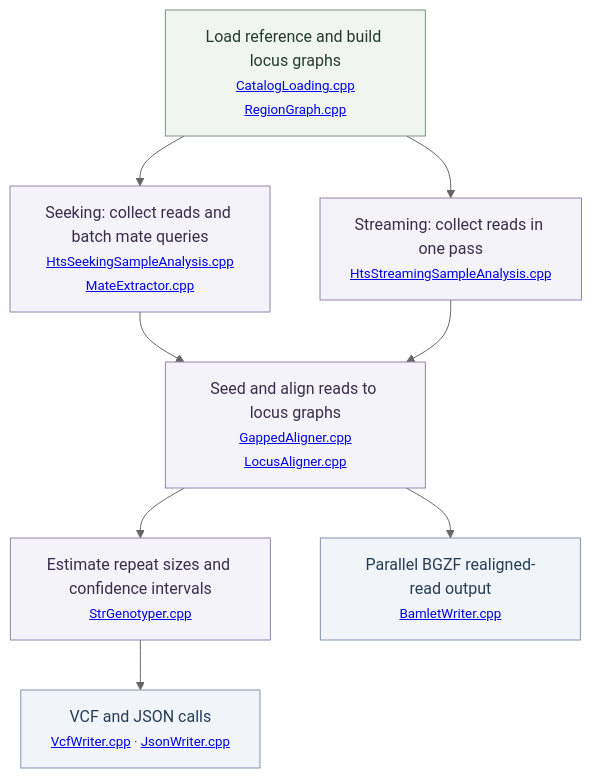
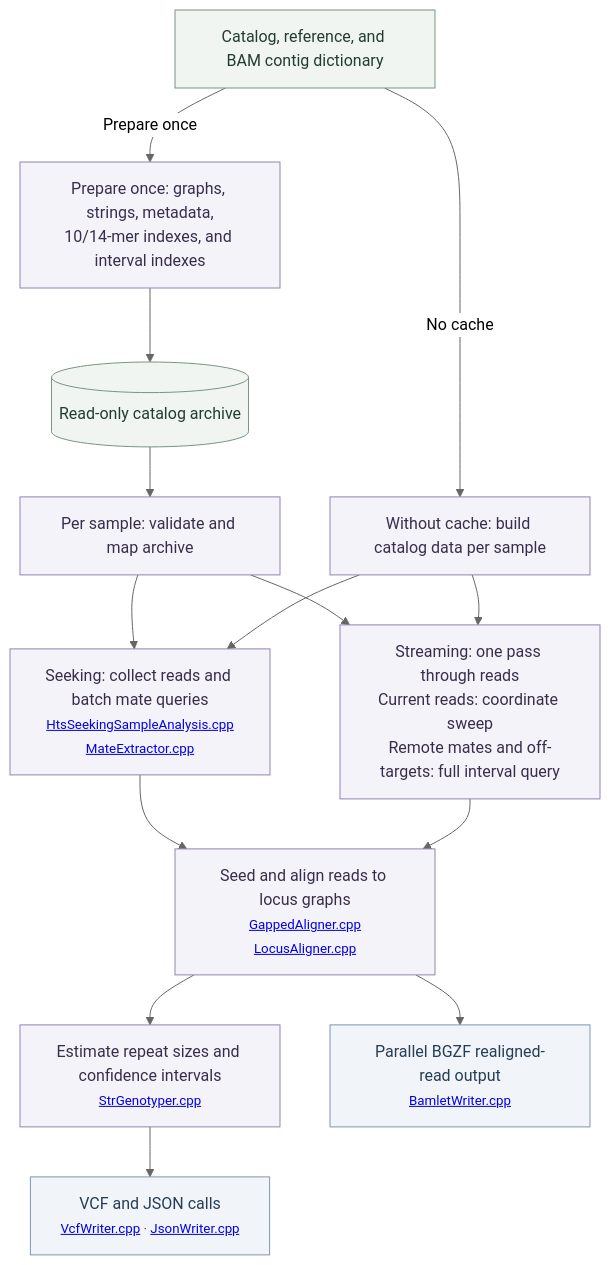
Before and after one commit to BioCode-Commons/NuExpansionHunter: the diagram in README.md, drawn with Mermaid (neutral theme). The commit also changed other lines of this file and 60 other files, not shown here.

Commit message:
feat: reuse immutable catalog data through mmap archives

````diff
--- a/README.md
+++ b/README.md
@@ -195,21 +231,32 @@
 ```mermaid
 flowchart TB
-    SETUP["Load reference and build locus graphs<br/><small><a href='https://github.com/BioCode-Commons/NuExpansionHunter/blob/zk_refactor/ehunter/io/CatalogLoading.cpp'>CatalogLoading.cpp</a><br/><a href='https://github.com/BioCode-Commons/NuExpansionHunter/blob/zk_refactor/ehunter/io/RegionGraph.cpp'>RegionGraph.cpp</a></small>"]
+    INPUT["Catalog, reference, and BAM contig dictionary"]
+    PREP["Prepare once: graphs, strings, metadata,<br/>10/14-mer indexes, and interval indexes"]
+    CACHE[("Read-only catalog archive")]
+    MAP["Per sample: validate and map archive"]
+    BUILD["Without cache: build catalog data per sample"]
     SEEK["Seeking: collect reads and batch mate queries<br/><small><a href='https://github.com/BioCode-Commons/NuExpansionHunter/blob/zk_refactor/ehunter/sample/HtsSeekingSampleAnalysis.cpp'>HtsSeekingSampleAnalysis.cpp</a><br/><a href='https://github.com/BioCode-Commons/NuExpansionHunter/blob/zk_refactor/ehunter/sample/MateExtractor.cpp'>MateExtractor.cpp</a></small>"]
-    STREAM["Streaming: collect reads in one pass<br/><small><a href='https://github.com/BioCode-Commons/NuExpansionHunter/blob/zk_refactor/ehunter/sample/HtsStreamingSampleAnalysis.cpp'>HtsStreamingSampleAnalysis.cpp</a></small>"]
+    STREAM["Streaming: one pass through reads<br/>Current reads: coordinate sweep<br/>Remote mates and off-targets: full interval query"]
     ALIGN["Seed and align reads to locus graphs<br/><small><a href='https://github.com/BioCode-Commons/NuExpansionHunter/blob/zk_refactor/ehunter/thirdparty/graph-tools-master-f421f4c/src/graphalign/GappedAligner.cpp'>GappedAligner.cpp</a><br/><a href='https://github.com/BioCode-Commons/NuExpansionHunter/blob/zk_refactor/ehunter/locus/LocusAligner.cpp'>LocusAligner.cpp</a></small>"]
     GT["Estimate repeat sizes and confidence intervals<br/><small><a href='https://github.com/BioCode-Commons/NuExpansionHunter/blob/zk_refactor/ehunter/genotyping/StrGenotyper.cpp'>StrGenotyper.cpp</a></small>"]
     CALLS["VCF and JSON calls<br/><small><a href='https://github.com/BioCode-Commons/NuExpansionHunter/blob/zk_refactor/ehunter/io/VcfWriter.cpp'>VcfWriter.cpp</a> · <a href='https://github.com/BioCode-Commons/NuExpansionHunter/blob/zk_refactor/ehunter/io/JsonWriter.cpp'>JsonWriter.cpp</a></small>"]
     BAM["Parallel BGZF realigned-read output<br/><small><a href='https://github.com/BioCode-Commons/NuExpansionHunter/blob/zk_refactor/ehunter/io/BamletWriter.cpp'>BamletWriter.cpp</a></small>"]
-    SETUP --> SEEK --> ALIGN
-    SETUP --> STREAM --> ALIGN
+    INPUT -->|"Prepare once"| PREP
+    PREP --> CACHE --> MAP
+    INPUT -->|"No cache"| BUILD
+    MAP --> SEEK
+    MAP --> STREAM
+    BUILD --> SEEK
+    BUILD --> STREAM
+    SEEK --> ALIGN
+    STREAM --> ALIGN
     ALIGN --> GT --> CALLS
     ALIGN --> BAM
 
     classDef input fill:#f0f5f1,stroke:#789482,color:#243c30
     classDef stage fill:#f5f3fa,stroke:#9383ad,color:#382e4b
     classDef output fill:#f1f5fa,stroke:#7f96ae,color:#263d55
-    class SETUP input
-    class SEEK,STREAM,ALIGN,GT stage
+    class INPUT,CACHE input
+    class PREP,MAP,BUILD,SEEK,STREAM,ALIGN,GT stage
     class CALLS,BAM output
 ```
````
